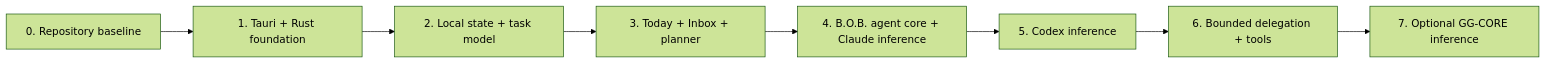
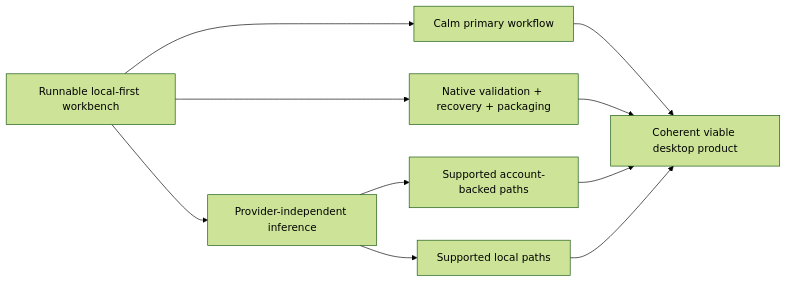
Before and after one commit to Knapp-Kevin/B.O.B.: the second of 2 diagrams in README.md, drawn with Mermaid (forest theme). The commit also changed other lines of this file, not shown here.

````diff
--- a/README.md
+++ b/README.md
@@ -302,10 +166,12 @@
 ```mermaid
 flowchart LR
-    P0[0. Repository baseline] --> P1[1. Tauri + Rust foundation]
-    P1 --> P2[2. Local state + task model]
-    P2 --> P3[3. Today + Inbox + planner]
-    P3 --> P4[4. B.O.B. agent core + Claude inference]
-    P4 --> P5[5. Codex inference]
-    P5 --> P6[6. Bounded delegation + tools]
-    P6 --> P7[7. Optional GG-CORE inference]
+    BASE[Runnable local-first workbench] --> UX[Calm primary workflow]
+    BASE --> READY[Native validation + recovery + packaging]
+    BASE --> INF[Provider-independent inference]
+    INF --> ACCOUNT[Supported account-backed paths]
+    INF --> LOCAL[Supported local paths]
+    UX --> VIABLE[Coherent viable desktop product]
+    READY --> VIABLE
+    ACCOUNT --> VIABLE
+    LOCAL --> VIABLE
 ```
````
